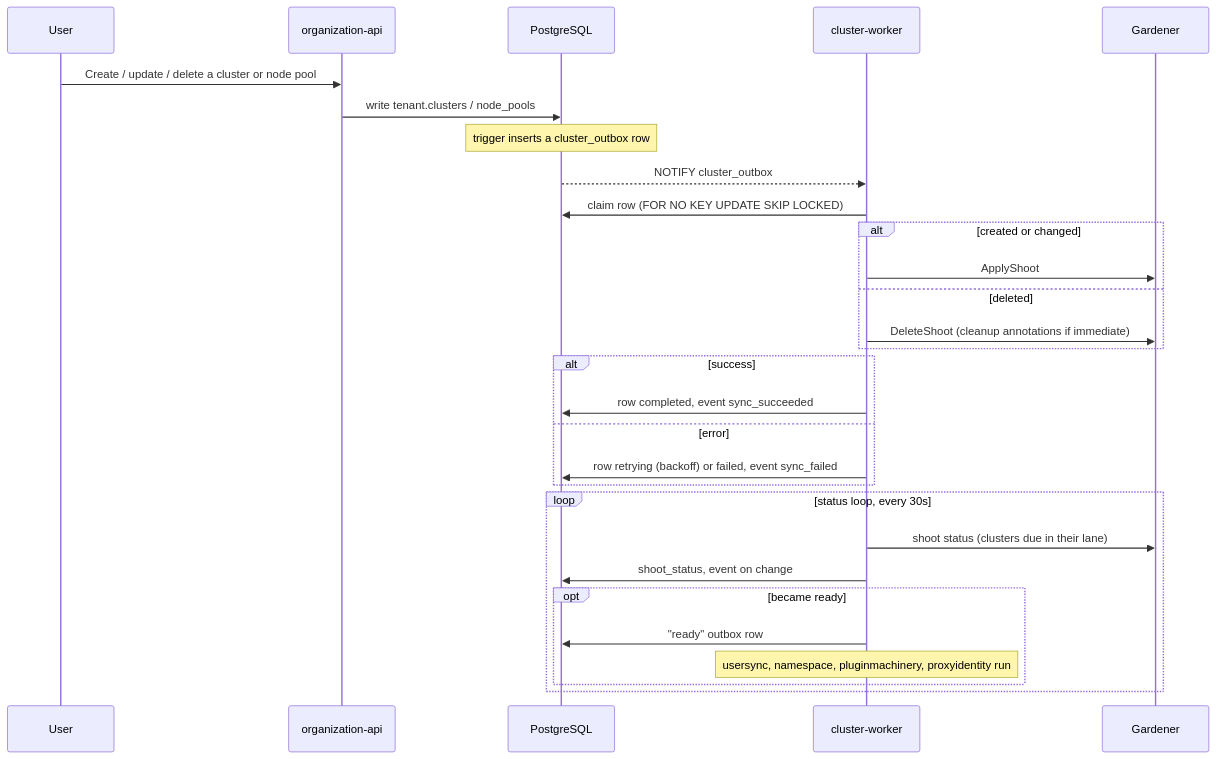
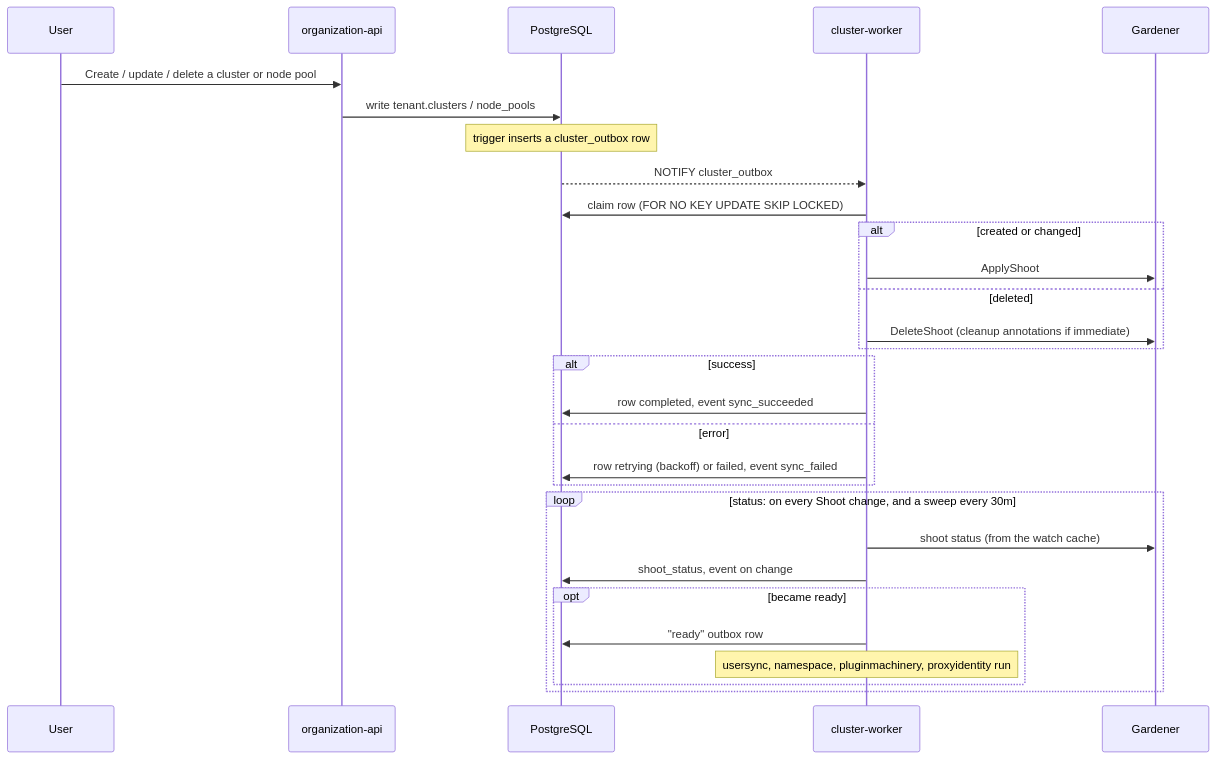
One commit to fundament-oss/fundament changed the first of 2 diagrams in cluster-worker/README.md. Above: the diagram before and after it, drawn with Mermaid. The commit also changed other lines of this file and 20 other files, not shown here.

````diff
--- a/cluster-worker/README.md
+++ b/cluster-worker/README.md
@@ -24,34 +24,34 @@
 ```mermaid
 sequenceDiagram
     participant User
     participant API as organization-api
     participant DB as PostgreSQL
     participant Worker as cluster-worker
     participant Gardener
 
     User->>API: Create / update / delete a cluster or node pool
     API->>DB: write tenant.clusters / node_pools
     Note over DB: trigger inserts a cluster_outbox row
     DB-->>Worker: NOTIFY cluster_outbox
 
     Worker->>DB: claim row (FOR NO KEY UPDATE SKIP LOCKED)
     alt created or changed
         Worker->>Gardener: ApplyShoot
     else deleted
         Worker->>Gardener: DeleteShoot (cleanup annotations if immediate)
     end
     alt success
         Worker->>DB: row completed, event sync_succeeded
     else error
         Worker->>DB: row retrying (backoff) or failed, event sync_failed
     end
 
-    loop status loop, every 30s
-        Worker->>Gardener: shoot status (clusters due in their lane)
+    loop status: on every Shoot change, and a sweep every 30m
+        Worker->>Gardener: shoot status (from the watch cache)
         Worker->>DB: shoot_status, event on change
         opt became ready
             Worker->>DB: "ready" outbox row
             Note over Worker: usersync, namespace, pluginmachinery, proxyidentity run
         end
     end
 ```
````
